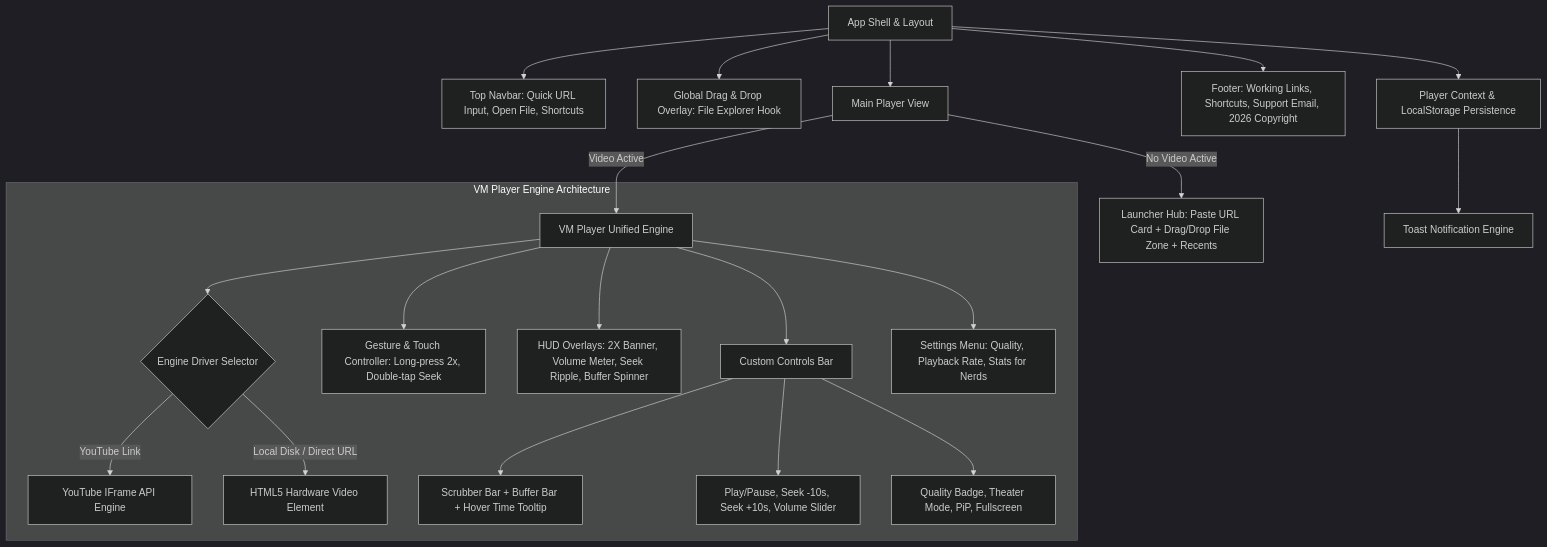
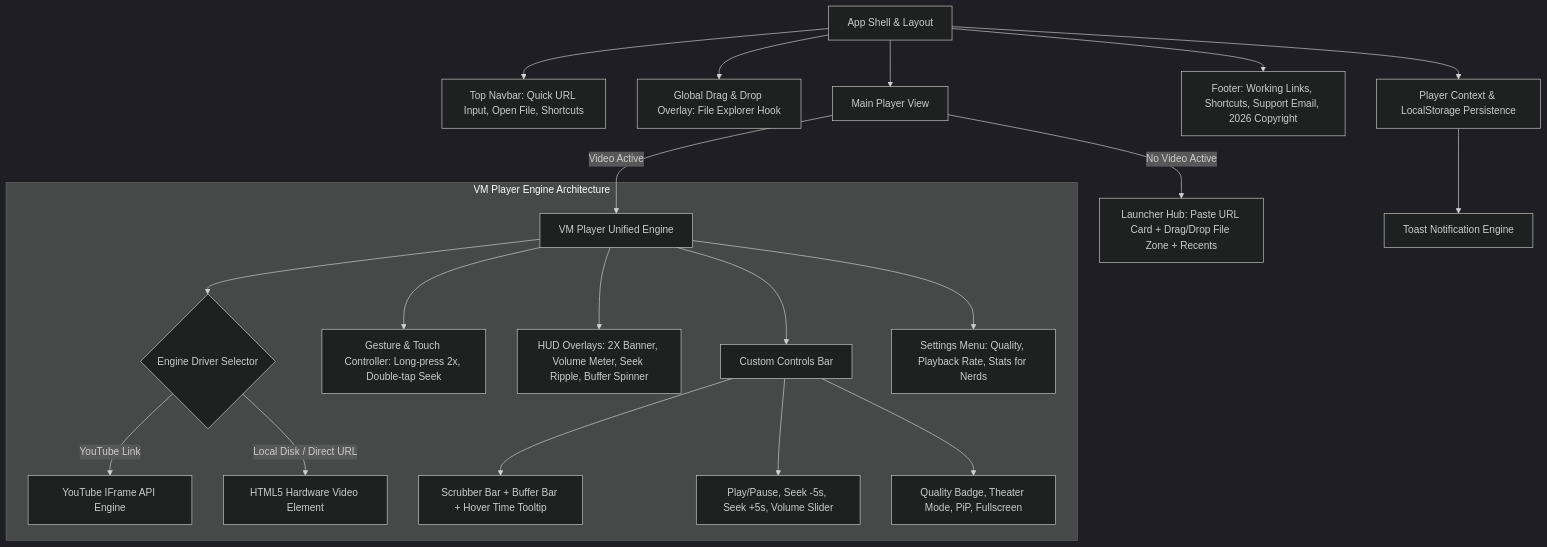
The diagram in ARCHITECTURE.md (Vedant-npc/VM-Player), drawn with Mermaid (dark theme) before and after one commit. The commit also changed other lines of this file and 9 other files, not shown here.

````diff
--- a/ARCHITECTURE.md
+++ b/ARCHITECTURE.md
@@ -10,28 +10,28 @@
 ```mermaid
 flowchart TD
     App[App Shell & Layout] --> Navbar[Top Navbar: Quick URL Input, Open File, Shortcuts]
     App --> GlobalDropZone[Global Drag & Drop Overlay: File Explorer Hook]
     App --> PlayerView[Main Player View]
     App --> Footer[Footer: Working Links, Shortcuts, Support Email, 2026 Copyright]
 
     PlayerView -->|No Video Active| Launcher[Launcher Hub: Paste URL Card + Drag/Drop File Zone + Recents]
     PlayerView -->|Video Active| VMPlayer[VM Player Unified Engine]
 
     subgraph "VM Player Engine Architecture"
         VMPlayer --> DriverSwitch{Engine Driver Selector}
         DriverSwitch -->|YouTube Link| YTDriver[YouTube IFrame API Engine]
         DriverSwitch -->|Local Disk / Direct URL| HTML5Driver[HTML5 Hardware Video Element]
 
         VMPlayer --> GestureEngine[Gesture & Touch Controller: Long-press 2x, Double-tap Seek]
         VMPlayer --> OverlayHUD[HUD Overlays: 2X Banner, Volume Meter, Seek Ripple, Buffer Spinner]
         VMPlayer --> ControlsBar[Custom Controls Bar]
         VMPlayer --> SettingsDialog[Settings Menu: Quality, Playback Rate, Stats for Nerds]
         
         ControlsBar --> Timeline[Scrubber Bar + Buffer Bar + Hover Time Tooltip]
-        ControlsBar --> PlaybackGroup[Play/Pause, Seek -10s, Seek +10s, Volume Slider]
+        ControlsBar --> PlaybackGroup[Play/Pause, Seek -5s, Seek +5s, Volume Slider]
         ControlsBar --> ActionGroup[Quality Badge, Theater Mode, PiP, Fullscreen]
     end
 
     App --> StateStore[Player Context & LocalStorage Persistence]
     StateStore --> ToastManager[Toast Notification Engine]
 ```
````
